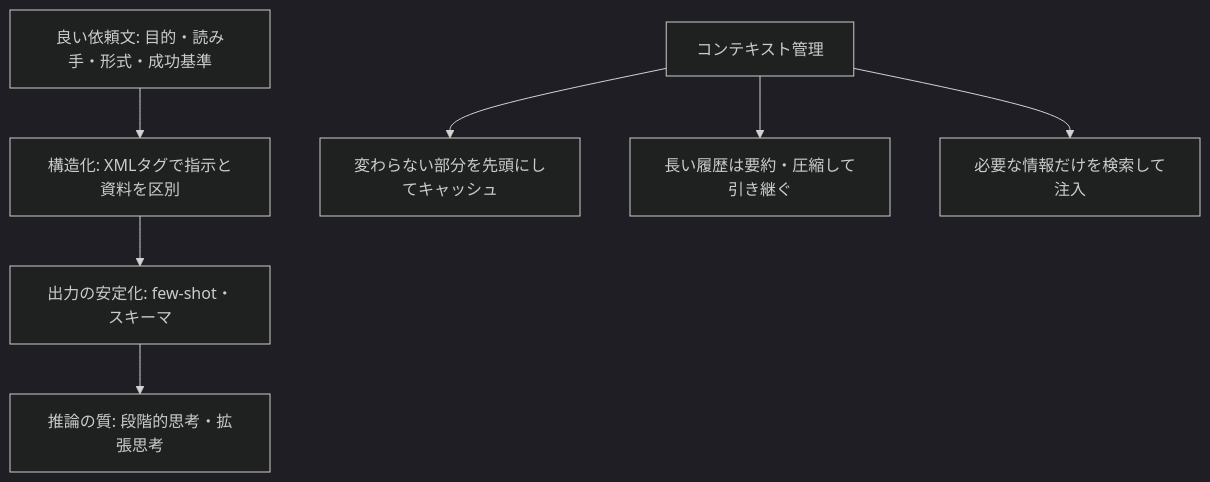
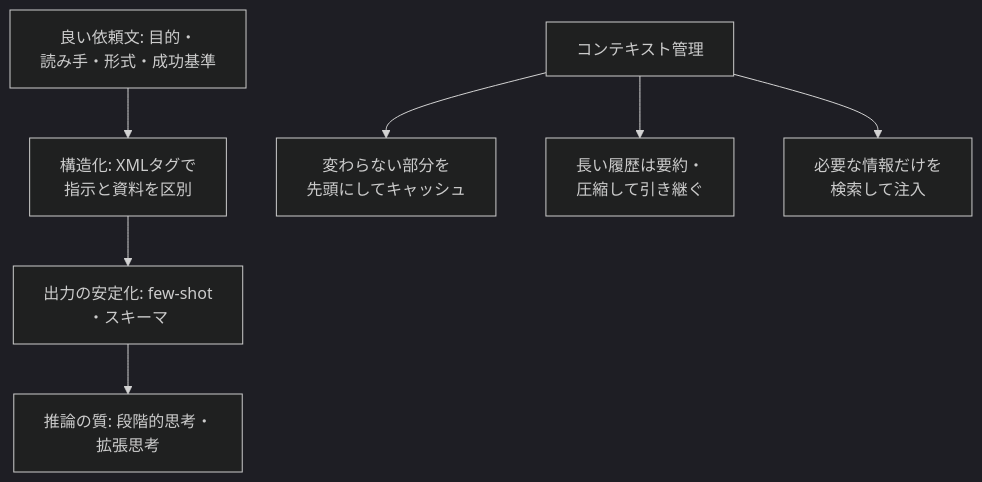
Before and after one commit to shingo0321/study: the second of 5 diagrams in claude/overview.md, drawn with Mermaid (dark theme). The commit also changed other lines of this file and 5 other files, not shown here.

First line of the commit message:
Mermaid俯瞰図を横スクロールなしで表示できるよう調整

````diff
--- a/claude/overview.md
+++ b/claude/overview.md
@@ -49,9 +49,9 @@
 ```mermaid
 flowchart TD
-  P["良い依頼文: 目的・読み手・形式・成功基準"] --> S["構造化: XMLタグで指示と資料を区別"]
-  S --> F["出力の安定化: few-shot・スキーマ"]
-  F --> R["推論の質: 段階的思考・拡張思考"]
-  C["コンテキスト管理"] --> C1["変わらない部分を先頭にしてキャッシュ"]
-  C --> C2["長い履歴は要約・圧縮して引き継ぐ"]
-  C --> C3["必要な情報だけを検索して注入"]
+  P["良い依頼文: 目的・<br/>読み手・形式・成功基準"] --> S["構造化: XMLタグで<br/>指示と資料を区別"]
+  S --> F["出力の安定化: few-shot<br/>・スキーマ"]
+  F --> R["推論の質: 段階的思考・<br/>拡張思考"]
+  C["コンテキスト管理"] --> C1["変わらない部分を<br/>先頭にしてキャッシュ"]
+  C --> C2["長い履歴は要約・<br/>圧縮して引き継ぐ"]
+  C --> C3["必要な情報だけを<br/>検索して注入"]
 ```
````
